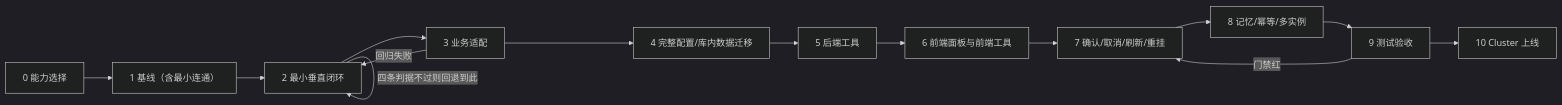
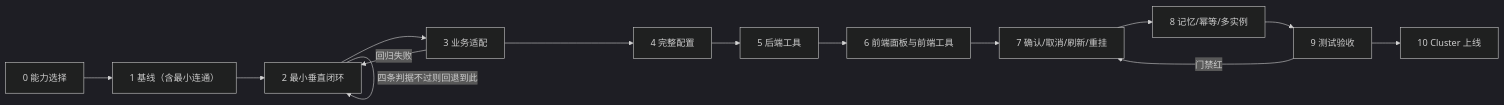
Before and after one commit to obby-xiang/ai-example: the second of 2 diagrams in docs/delivery/06-新项目复用与落地指南.md, drawn with Mermaid (dark theme). The commit also changed other lines of this file and 20 other files, not shown here.

````diff
--- a/docs/delivery/06-新项目复用与落地指南.md
+++ b/docs/delivery/06-新项目复用与落地指南.md
@@ -857,16 +864,16 @@
 ```mermaid
 flowchart LR
     S0["0 能力选择"] --> S1["1 基线（含最小连通）"]
     S1 --> S2["2 最小垂直闭环"]
     S2 -->|"四条判据不过则回退到此"| S2
     S2 --> S3["3 业务适配"]
     S3 -->|"回归失败"| S2
-    S4["4 完整配置/库内数据迁移"] --> S5["5 后端工具"]
+    S4["4 完整配置"] --> S5["5 后端工具"]
     S3 --> S4
     S5 --> S6["6 前端面板与前端工具"]
     S6 --> S7["7 确认/取消/刷新/重挂"]
     S7 --> S8["8 记忆/幂等/多实例"]
     S8 --> S9["9 测试验收"]
     S9 -->|"门禁红"| S7
     S9 --> S10["10 Cluster 上线"]
 ```
````
